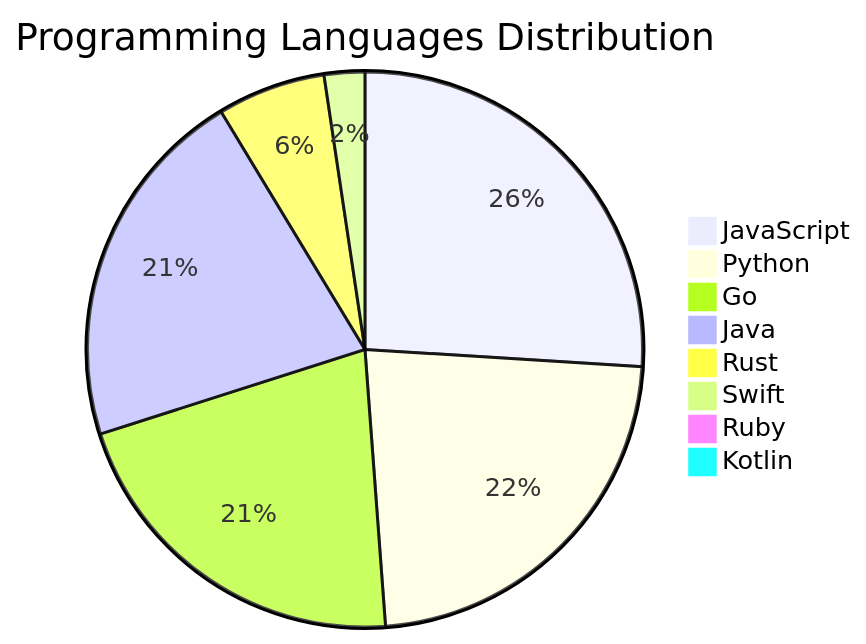
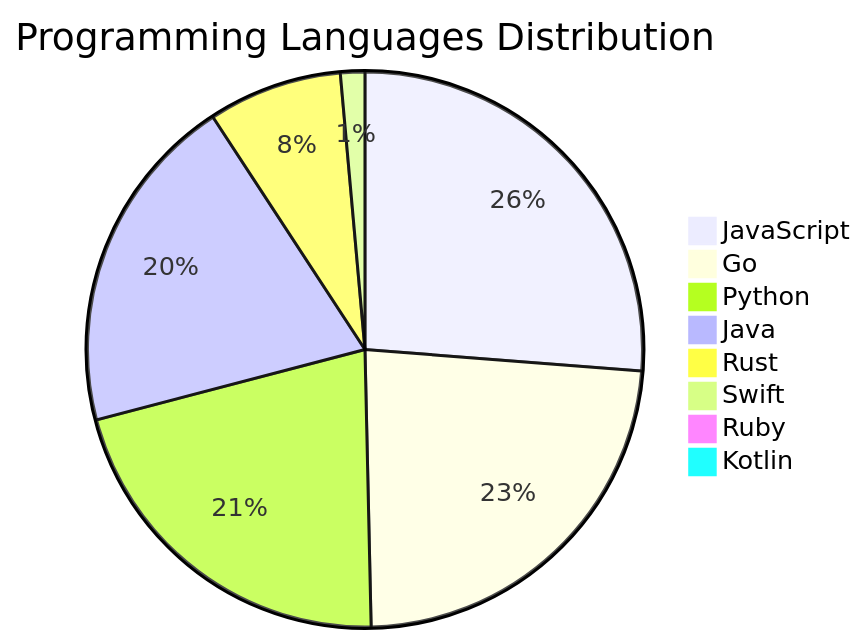
The diagram in README.md (Derrick-MUGISHA/github-activity-bot), drawn with Mermaid before and after one commit. The commit also changed other lines of this file and 4 other files, not shown here.

````diff
--- a/README.md
+++ b/README.md
@@ -208,11 +208,11 @@
 ```mermaid
 pie title Programming Languages Distribution
-    "JavaScript" : 33
-    "Python" : 29
-    "Go" : 27
-    "Java" : 27
-    "Rust" : 8
-    "Swift" : 3
+    "JavaScript" : 37
+    "Go" : 33
+    "Python" : 30
+    "Java" : 28
+    "Rust" : 11
+    "Swift" : 2
     "Ruby" : 1
     "Kotlin" : 1
 ```
````
